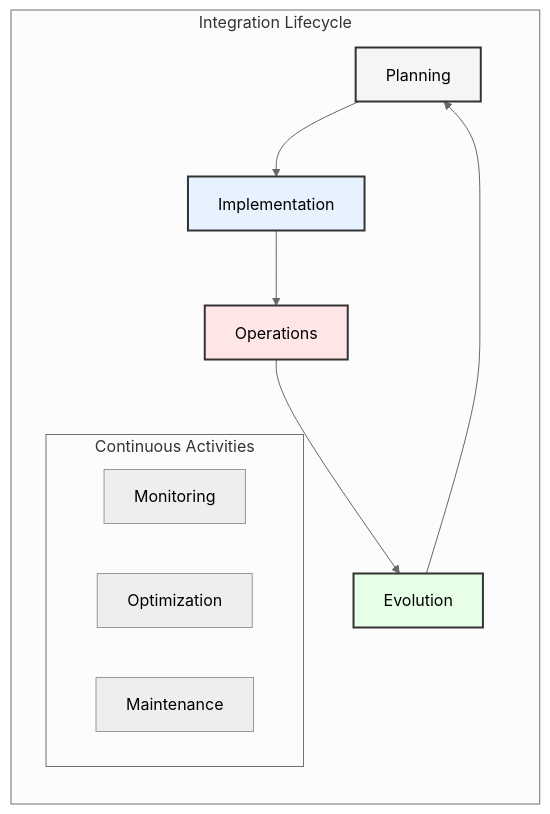
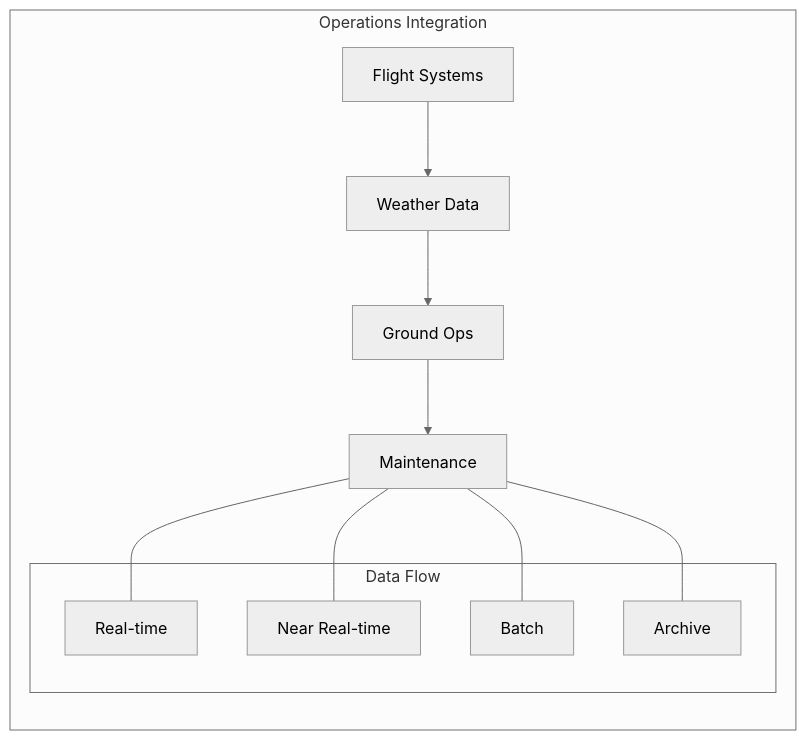
One commit to data-octo/agentic_ai_research changed the sixth of 9 diagrams in enterprise_data_architecture/chapters/06_integration.md. Above: the diagram before and after it, drawn with Mermaid (neutral theme). The commit also changed other lines of this file and 11 other files, not shown here.

````diff
--- a/enterprise_data_architecture/chapters/06_integration.md
+++ b/enterprise_data_architecture/chapters/06_integration.md
@@ -176,20 +183,20 @@
 ```mermaid
 graph LR
-    subgraph "Integration Lifecycle"
-        A[Planning] --> B[Implementation]
-        B --> C[Operations]
-        C --> D[Evolution]
-        D --> A
+    subgraph "Operations Integration"
+        A[Flight Systems] --> B[Weather Data]
+        B --> C[Ground Ops]
+        C --> D[Maintenance]
         
-        subgraph "Continuous Activities"
-            E[Monitoring]
-            F[Optimization]
-            G[Maintenance]
+        subgraph "Data Flow"
+            E[Real-time]
+            F[Near Real-time]
+            G[Batch]
+            H[Archive]
         end
+        
+        D --- E
+        D --- F
+        D --- G
+        D --- H
     end
-    
-    style A fill:#f5f5f5,stroke:#333,stroke-width:2px
-    style B fill:#e6f3ff,stroke:#333,stroke-width:2px
-    style C fill:#ffe6e6,stroke:#333,stroke-width:2px
-    style D fill:#e6ffe6,stroke:#333,stroke-width:2px
 ```
````
